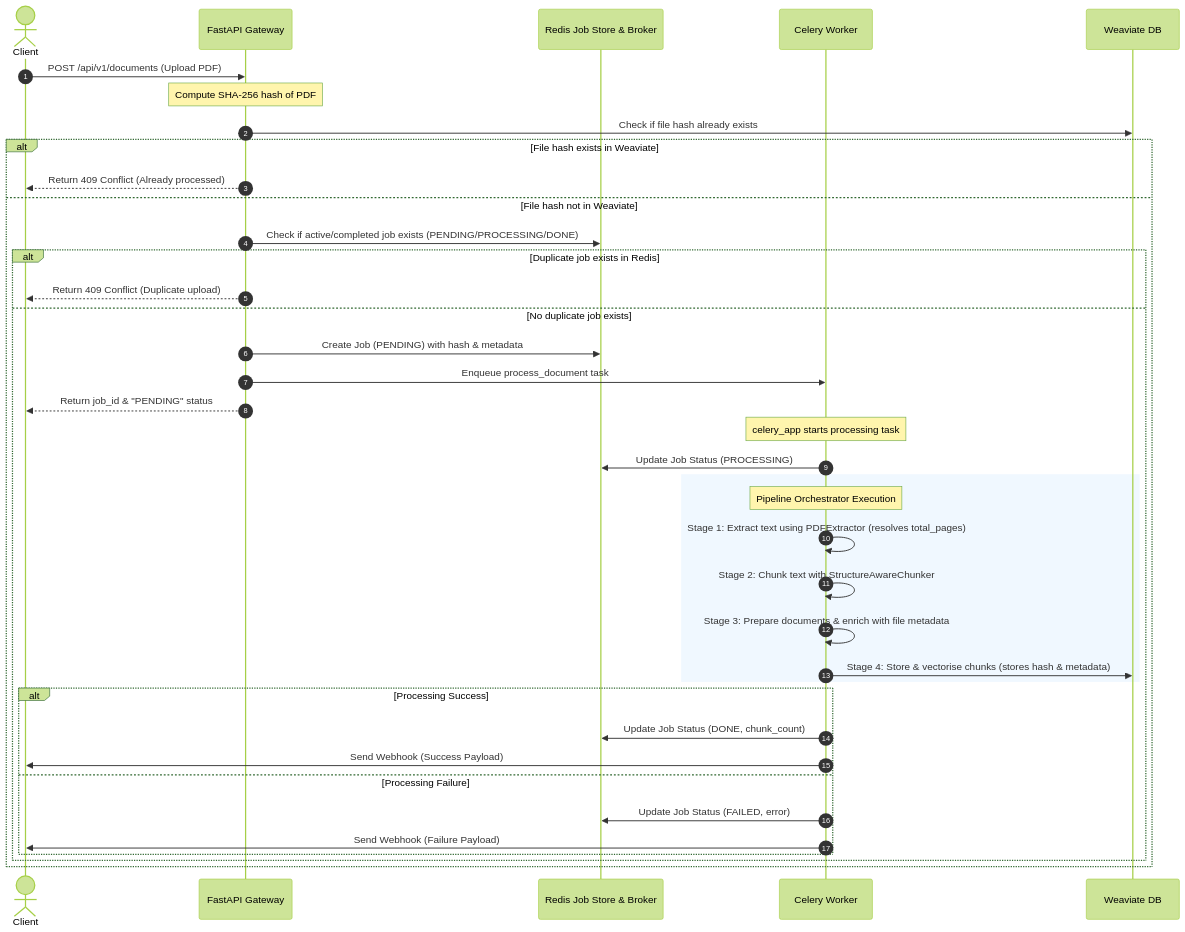
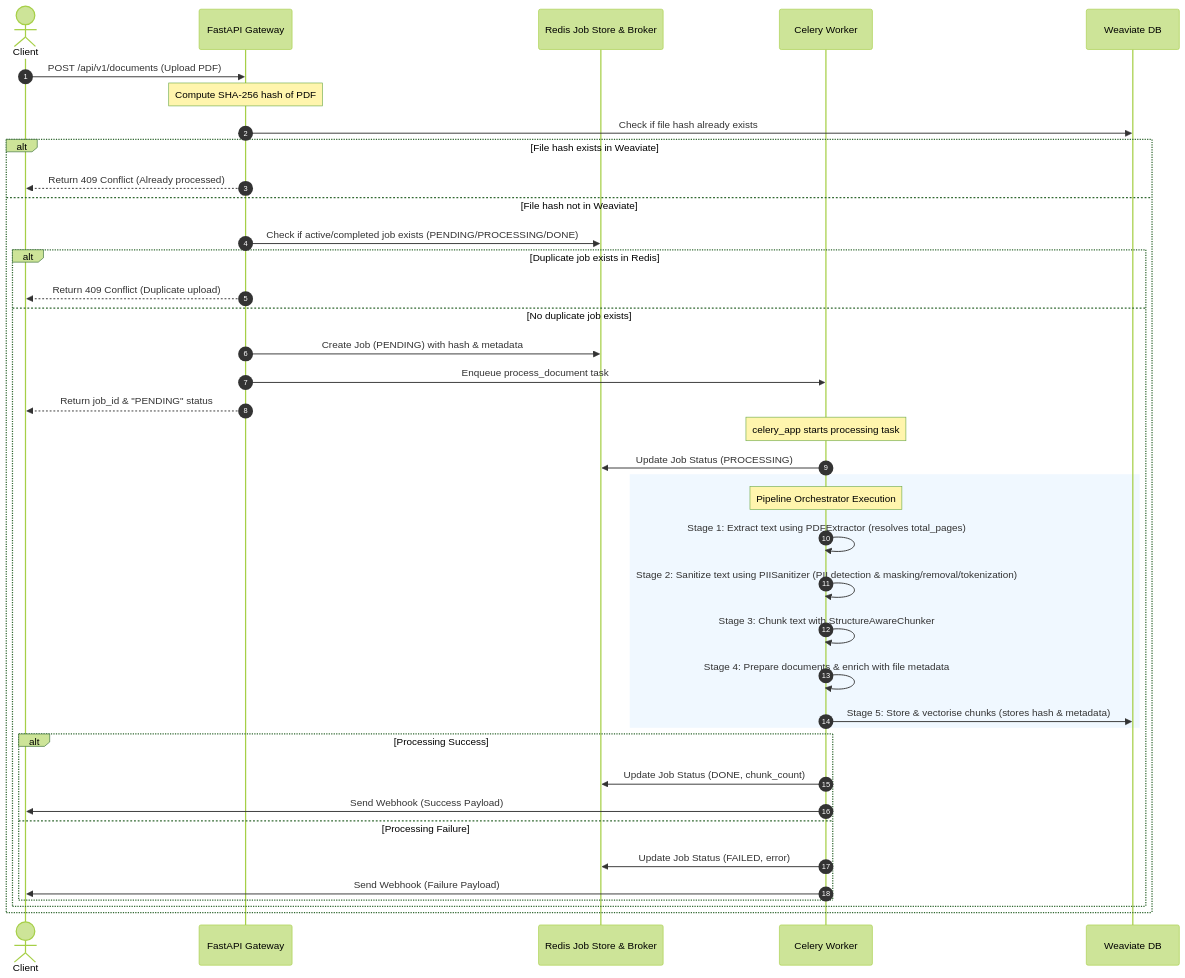
One commit to github-hc/knowledge-ingestion-workflow changed the diagram in README.md. Above: the diagram before and after it, drawn with Mermaid (forest theme). The commit also changed 7 other files, not shown here.

Commit message:
added document sanitize stage and masked PII

````diff
--- a/README.md
+++ b/README.md
@@ -44,44 +44,45 @@
 ```mermaid
 sequenceDiagram
     autonumber
     actor Client
     participant API as FastAPI Gateway
     participant Redis as Redis Job Store & Broker
     participant Celery as Celery Worker
     participant Weaviate as Weaviate DB
 
     Client->>API: POST /api/v1/documents (Upload PDF)
     Note over API: Compute SHA-256 hash of PDF
     API->>Weaviate: Check if file hash already exists
     alt File hash exists in Weaviate
         API-->>Client: Return 409 Conflict (Already processed)
     else File hash not in Weaviate
         API->>Redis: Check if active/completed job exists (PENDING/PROCESSING/DONE)
         alt Duplicate job exists in Redis
             API-->>Client: Return 409 Conflict (Duplicate upload)
         else No duplicate job exists
             API->>Redis: Create Job (PENDING) with hash & metadata
             API->>Celery: Enqueue process_document task
             API-->>Client: Return job_id & "PENDING" status
             
             Note over Celery: celery_app starts processing task
             Celery->>Redis: Update Job Status (PROCESSING)
             
             rect rgb(240, 248, 255)
                 note over Celery: Pipeline Orchestrator Execution
                 Celery->>Celery: Stage 1: Extract text using PDFExtractor (resolves total_pages)
-                Celery->>Celery: Stage 2: Chunk text with StructureAwareChunker
-                Celery->>Celery: Stage 3: Prepare documents & enrich with file metadata
-                Celery->>Weaviate: Stage 4: Store & vectorise chunks (stores hash & metadata)
+                Celery->>Celery: Stage 2: Sanitize text using PIISanitizer (PII detection & masking/removal/tokenization)
+                Celery->>Celery: Stage 3: Chunk text with StructureAwareChunker
+                Celery->>Celery: Stage 4: Prepare documents & enrich with file metadata
+                Celery->>Weaviate: Stage 5: Store & vectorise chunks (stores hash & metadata)
             end
 
             alt Processing Success
                 Celery->>Redis: Update Job Status (DONE, chunk_count)
                 Celery->>Client: Send Webhook (Success Payload)
             else Processing Failure
                 Celery->>Redis: Update Job Status (FAILED, error)
                 Celery->>Client: Send Webhook (Failure Payload)
             end
         end
     end
 ```
````
